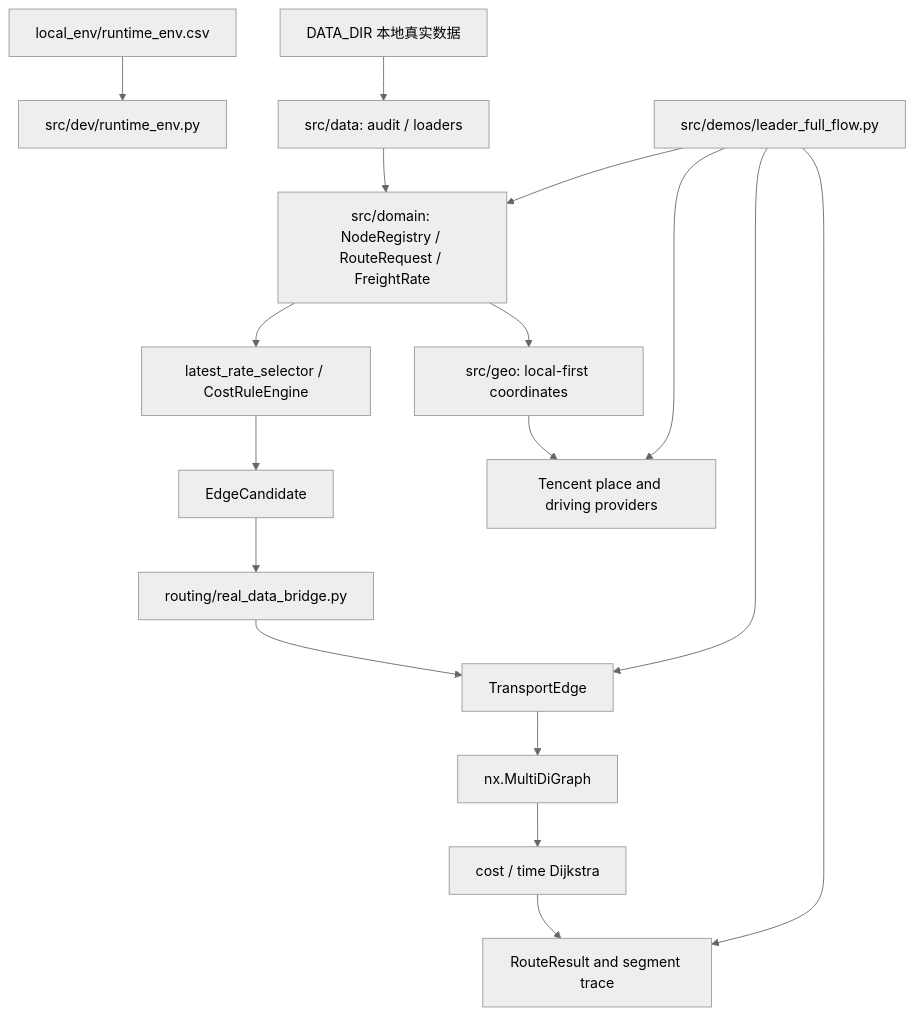
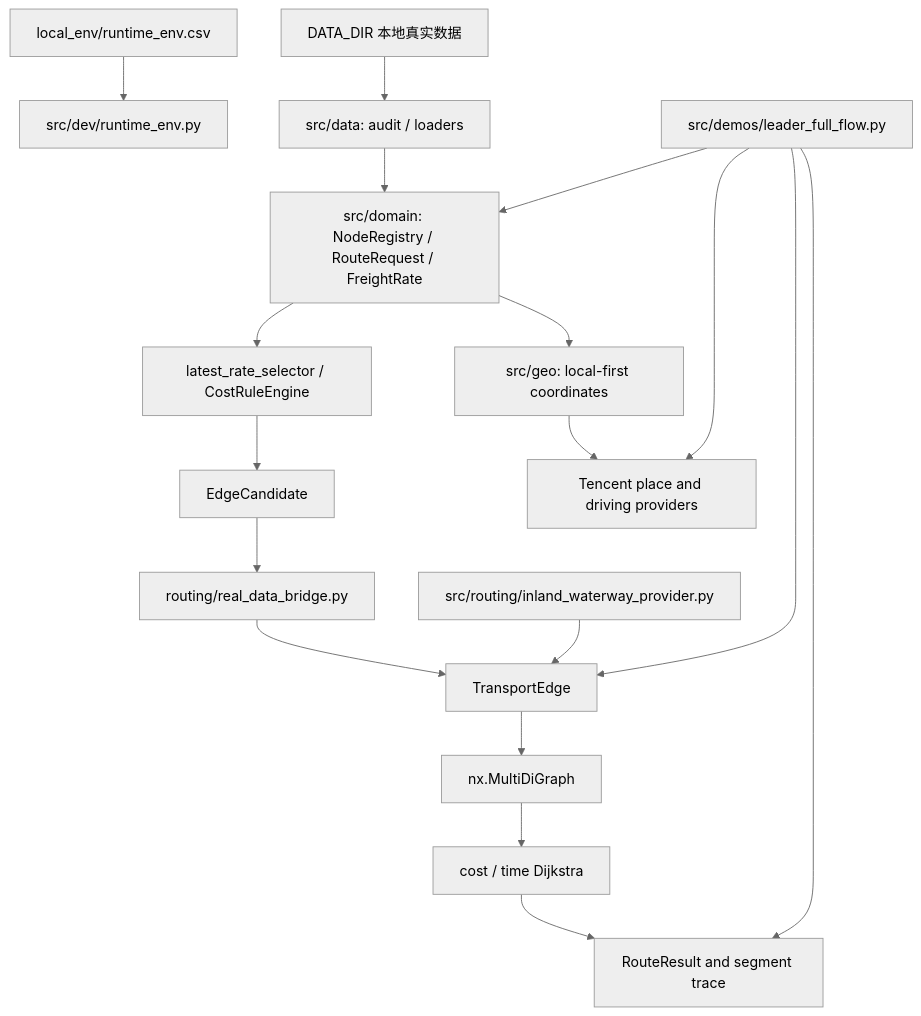
One commit to yumenou92-netizen/From-Port-to-Factory-A-Project-on-Transport-Route-Inference-Based-on-an-Open-Mapping-Platform changed the diagram in docs/PROJECT_STATE.md. Above: the diagram before and after it, drawn with Mermaid (neutral theme). The commit also changed other lines of this file and 14 other files, not shown here.

````diff
--- a/docs/PROJECT_STATE.md
+++ b/docs/PROJECT_STATE.md
@@ -15,19 +15,20 @@
 ```mermaid
 flowchart TD
     A["local_env/runtime_env.csv"] --> B["src/dev/runtime_env.py"]
     C["DATA_DIR 本地真实数据"] --> D["src/data: audit / loaders"]
     D --> E["src/domain: NodeRegistry / RouteRequest / FreightRate"]
     E --> F["latest_rate_selector / CostRuleEngine"]
     E --> G["src/geo: local-first coordinates"]
     G --> H["Tencent place and driving providers"]
     F --> I["EdgeCandidate"]
     I --> J["routing/real_data_bridge.py"]
     J --> K["TransportEdge"]
     K --> L["nx.MultiDiGraph"]
     L --> M["cost / time Dijkstra"]
     M --> N["RouteResult and segment trace"]
     O["src/demos/leader_full_flow.py"] --> E
     O --> H
     O --> K
     O --> N
+    Q["src/routing/inland_waterway_provider.py"] --> K
 ```
````
